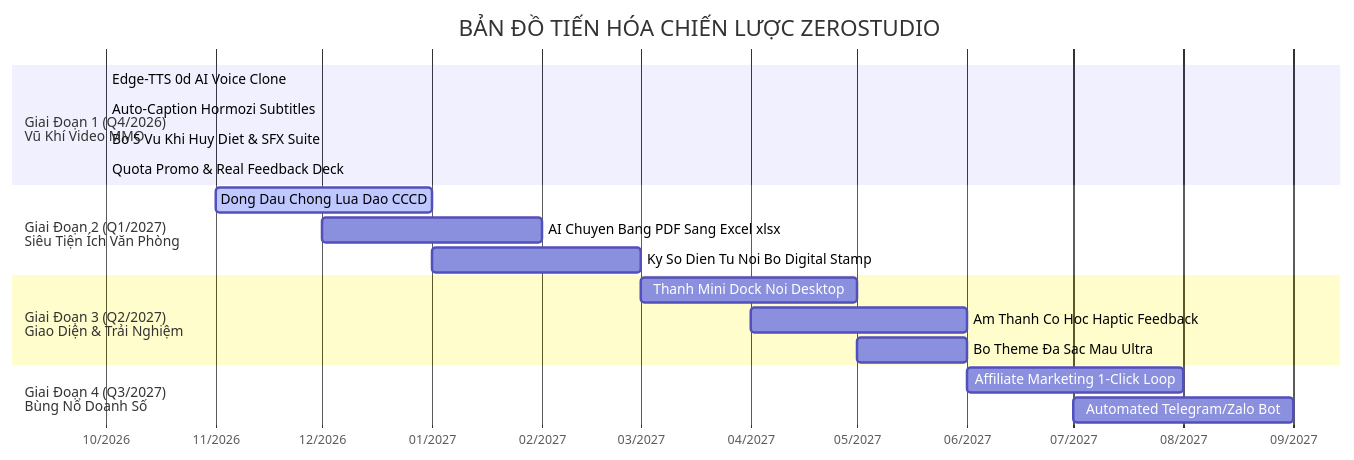
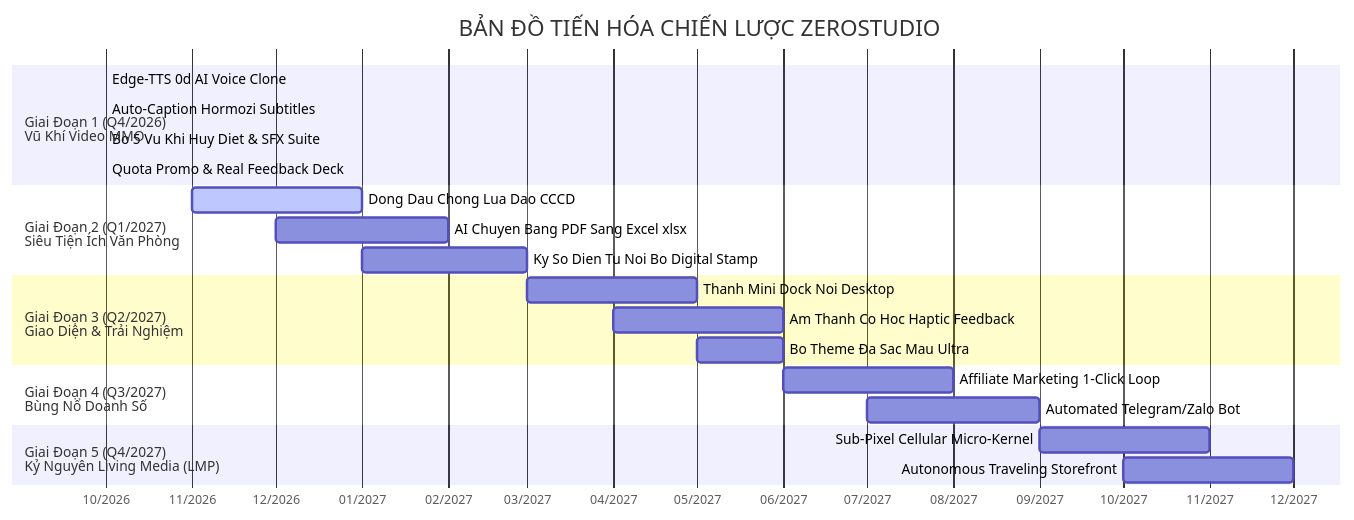
The second of 2 diagrams in ZEROSTUDIO_MASTER_ARCHIVE_AND_ROADMAP.md (yungfishin/Zerostudio), drawn with Mermaid before and after one commit. The commit also changed other lines of this file, not shown here.

Commit message:
docs: establish Living Media Protocol (LMP) as monumental Phase 5 North Star in master archive

````diff
--- a/ZEROSTUDIO_MASTER_ARCHIVE_AND_ROADMAP.md
+++ b/ZEROSTUDIO_MASTER_ARCHIVE_AND_ROADMAP.md
@@ -277,22 +278,25 @@
 ```mermaid
 gantt
     title BẢN ĐỒ TIẾN HÓA CHIẾN LƯỢC ZEROSTUDIO
     dateFormat  YYYY-MM
     axisFormat  %m/%Y
     section Giai Đoạn 1 (Q4/2026)<br>Vũ Khí Video MMO
         Edge-TTS 0d AI Voice Clone        :done, des1, 2026-10, 2026-10
         Auto-Caption Hormozi Subtitles    :done, des2, 2026-10, 2026-10
         Bo 5 Vu Khi Huy Diet & SFX Suite  :done, des3, 2026-10, 2026-10
         Quota Promo & Real Feedback Deck  :done, des4, 2026-10, 2026-10
     section Giai Đoạn 2 (Q1/2027)<br>Siêu Tiện Ích Văn Phòng
         Dong Dau Chong Lua Dao CCCD       :active, des5, 2026-11, 2027-01
         AI Chuyen Bang PDF Sang Excel xlsx :des6, 2026-12, 2027-02
         Ky So Dien Tu Noi Bo Digital Stamp :des7, 2027-01, 2027-03
     section Giai Đoạn 3 (Q2/2027)<br>Giao Diện & Trải Nghiệm
         Thanh Mini Dock Noi Desktop       :des8, 2027-03, 2027-05
         Am Thanh Co Hoc Haptic Feedback    :des9, 2027-04, 2027-06
         Bo Theme Đa Sac Mau Ultra         :des10, 2027-05, 2027-06
     section Giai Đoạn 4 (Q3/2027)<br>Bùng Nổ Doanh Số
         Affiliate Marketing 1-Click Loop  :des11, 2027-06, 2027-08
         Automated Telegram/Zalo Bot       :des12, 2027-07, 2027-09
+    section Giai Đoạn 5 (Q4/2027)<br>Kỷ Nguyên Living Media (LMP)
+        Sub-Pixel Cellular Micro-Kernel   :des13, 2027-09, 2027-11
+        Autonomous Traveling Storefront   :des14, 2027-10, 2027-12
 ```
````
